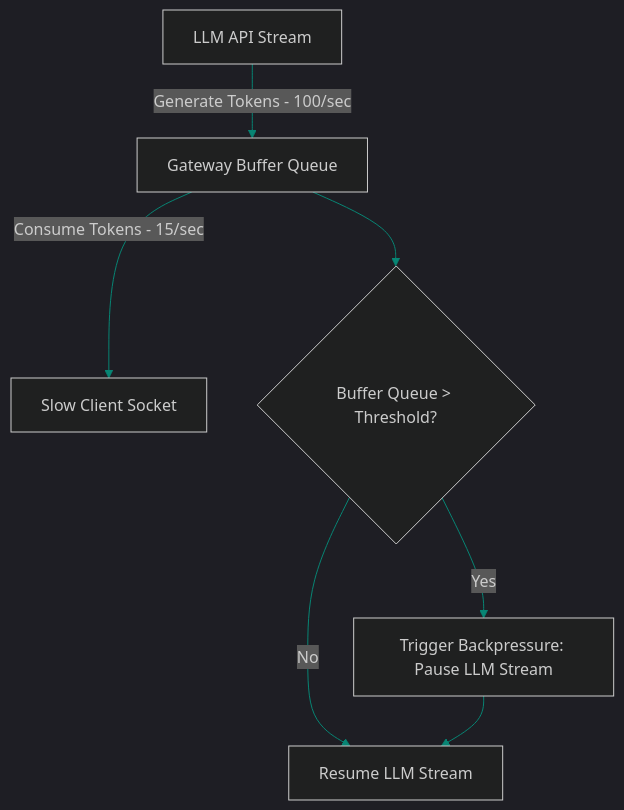
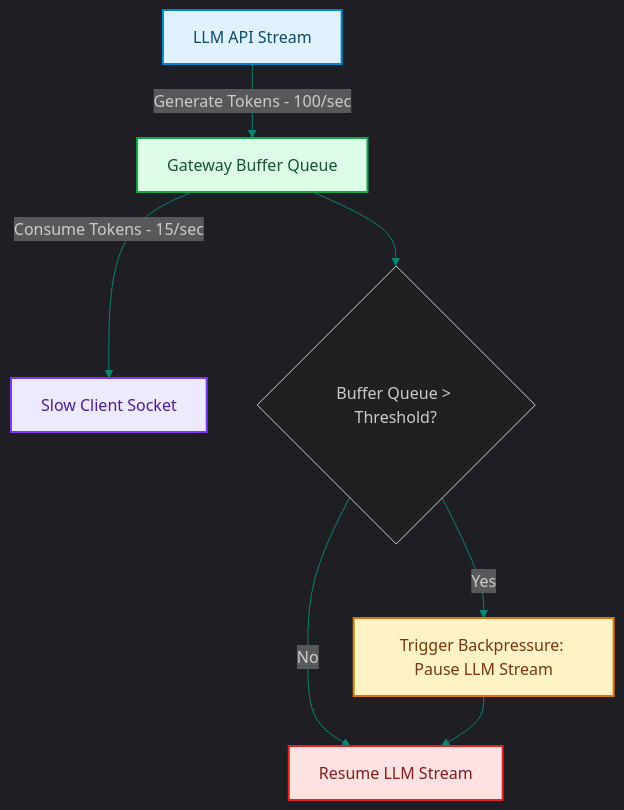
One commit to akmalkhaniub/akmalkhaniub.github.io changed the diagram in blog/posts/gateway-token-backpressure-flow-control-streaming.md. Above: the diagram before and after it, drawn with Mermaid. The commit also changed other lines of this file and 1291 other files, not shown here.

First line of the commit message:
feat(catalog): unique covers, scholarly references, and diagram palettes

````diff
--- a/blog/posts/gateway-token-backpressure-flow-control-streaming.md
+++ b/blog/posts/gateway-token-backpressure-flow-control-streaming.md
@@ -16,12 +16,23 @@
 ```mermaid
 %%{init: {'theme': 'dark', 'themeVariables': { 'primaryColor': '#088574', 'primaryTextColor': '#f3f4f6', 'primaryBorderColor': '#0db49b', 'lineColor': '#088574', 'secondaryColor': '#111827', 'tertiaryColor': '#0b0f19'}}}%%
 flowchart TD
-    LLM[LLM API Stream] -->|Generate Tokens - 100/sec| Gateway[Gateway Buffer Queue]
-    Gateway -->|Consume Tokens - 15/sec| Client[Slow Client Socket]
+    LLM["LLM API Stream"] -->|Generate Tokens - 100/sec| Gateway["Gateway Buffer Queue"]
+    Gateway -->|Consume Tokens - 15/sec| Client["Slow Client Socket"]
     
     Gateway --> Check{Buffer Queue > Threshold?}
-    Check -->|Yes| Pause[Trigger Backpressure: Pause LLM Stream]
-    Check -->|No| Resume[Resume LLM Stream]
+    Check -->|Yes| Pause["Trigger Backpressure: Pause LLM Stream"]
+    Check -->|No| Resume["Resume LLM Stream"]
     
     Pause --> Resume
+
+classDef green fill:#dcfce7,stroke:#16a34a,stroke-width:2px,color:#14532d;
+classDef red fill:#fee2e2,stroke:#dc2626,stroke-width:2px,color:#7f1d1d;
+classDef blue fill:#e0f2fe,stroke:#0284c7,stroke-width:2px,color:#0c4a6e;
+classDef yellow fill:#fef3c7,stroke:#d97706,stroke-width:2px,color:#78350f;
+classDef purple fill:#ede9fe,stroke:#7c3aed,stroke-width:2px,color:#4c1d95;
+class LLM blue
+class Gateway green
+class Client purple
+class Pause yellow
+class Resume red
 ```
````
